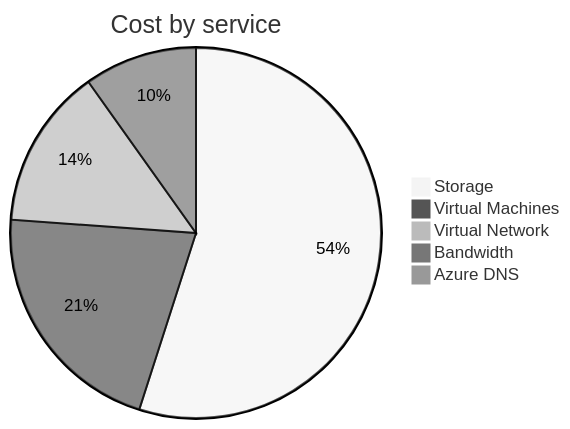
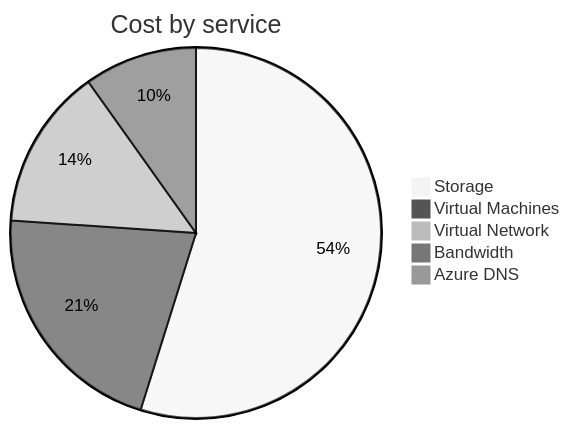
Before and after one commit to jpfulton/azure-personal-reports: the second of 4 diagrams in cost-reports/personal-network/README.md, drawn with Mermaid (neutral theme). The commit also changed other lines of this file and 8 other files, not shown here.

````diff
--- a/cost-reports/personal-network/README.md
+++ b/cost-reports/personal-network/README.md
@@ -99,9 +99,9 @@
 ```mermaid
 pie
    title Cost by service
-   "Storage" : 19.70
-   "Virtual Machines" : 7.60
-   "Virtual Network" : 5.02
-   "Bandwidth" : 3.53
-   "Azure DNS" : 0.34
+   "Storage" : 20.49
+   "Virtual Machines" : 7.94
+   "Virtual Network" : 5.26
+   "Bandwidth" : 3.68
+   "Azure DNS" : 0.35
 ```
````
